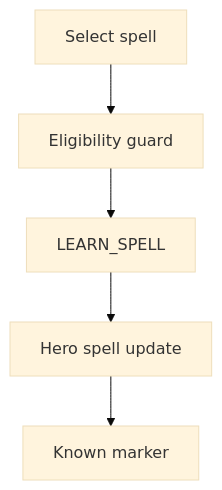
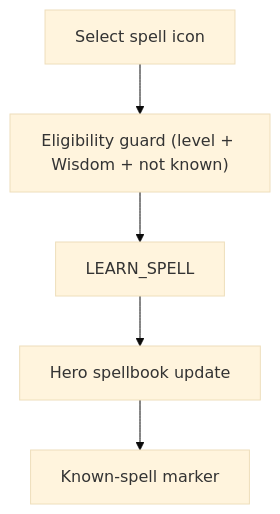
The third of 5 diagrams in docs/architecture/wiki/screens/29-mage-guild/architecture.md (SunaNoOshiro/Heroes_Reforged_AI_Realms), drawn with Mermaid (base theme) before and after one commit. The commit also changed other lines of this file and 518 other files, not shown here.

First line of the commit message:
Add doc-audit skill and sweep architecture/screen docs

````diff
--- a/docs/architecture/wiki/screens/29-mage-guild/architecture.md
+++ b/docs/architecture/wiki/screens/29-mage-guild/architecture.md
@@ -42,8 +46,7 @@
 ```mermaid
 flowchart TD
-  I0["Select spell"] --> I1
-  I1["Eligibility guard"] --> I2
-  I2["LEARN_SPELL"] --> I3
-  I3["Hero spell update"] --> I4
-  I4["Known marker"]
+  I0["Select spell icon"] --> I1["Eligibility guard (level + Wisdom + not known)"]
+  I1 --> I2["LEARN_SPELL"]
+  I2 --> I3["Hero spellbook update"]
+  I3 --> I4["Known-spell marker"]
 ```
````
